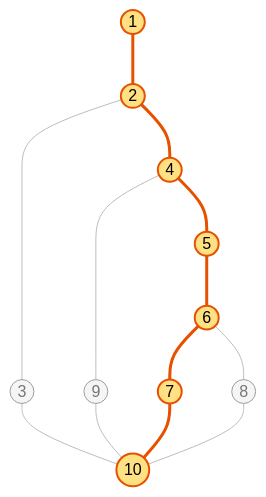
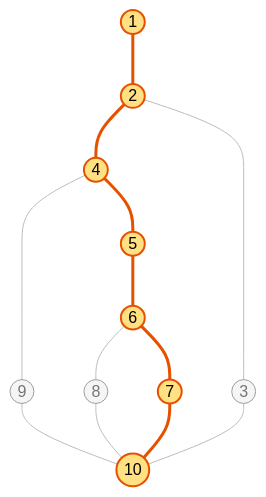
One commit to bloedige/itdb_ctf changed the fourth of 5 diagrams in tests/docs/caja_blanca_06_permitir_flag.md. Above: the diagram before and after it, drawn with Mermaid. The commit also changed other lines of this file and 47 other files, not shown here.

````diff
--- a/tests/docs/caja_blanca_06_permitir_flag.md
+++ b/tests/docs/caja_blanca_06_permitir_flag.md
@@ -136,20 +136,20 @@
 ```mermaid
 graph TD
     n1((1)) --- n2((2))
-    n2 --- n3((3))
-    n3 --- n10((10))
     n2 --- n4((4))
+    n4 --- n9((9))
+    n9 --- n10((10))
     n4 --- n5((5))
     n5 --- n6((6))
-    n4 --- n9((9))
-    n9 --- n10
+    n6 --- n8((8))
+    n8 --- n10
     n6 --- n7((7))
     n7 --- n10
-    n6 --- n8((8))
-    n8 --- n10
+    n2 --- n3((3))
+    n3 --- n10
     classDef default fill:#f5f5f5,stroke:#9e9e9e,color:#757575
     classDef camino fill:#ffe082,stroke:#e65100,stroke-width:2px,color:#000
     class n1,n2,n4,n5,n6,n7,n10 camino
     linkStyle default stroke:#bdbdbd,stroke-width:1px
-    linkStyle 0,3,4,5,8,9 stroke:#e65100,stroke-width:3px
+    linkStyle 0,1,4,5,8,9 stroke:#e65100,stroke-width:3px
 ```
````
